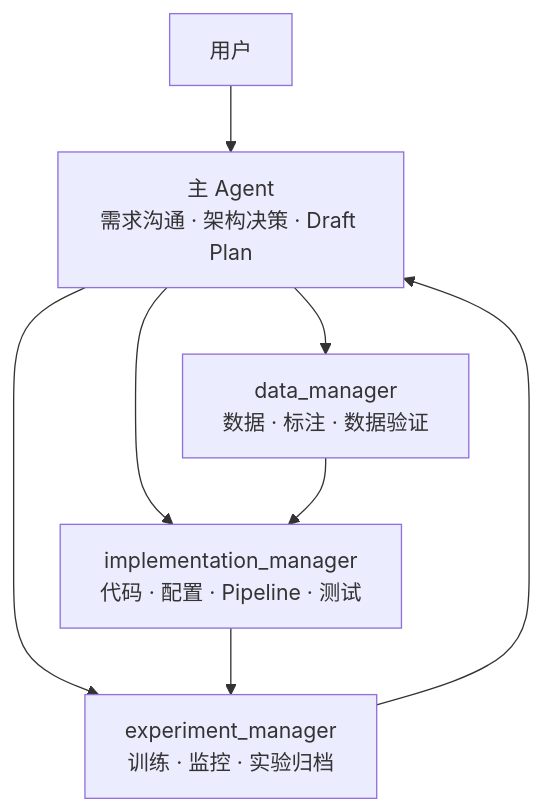
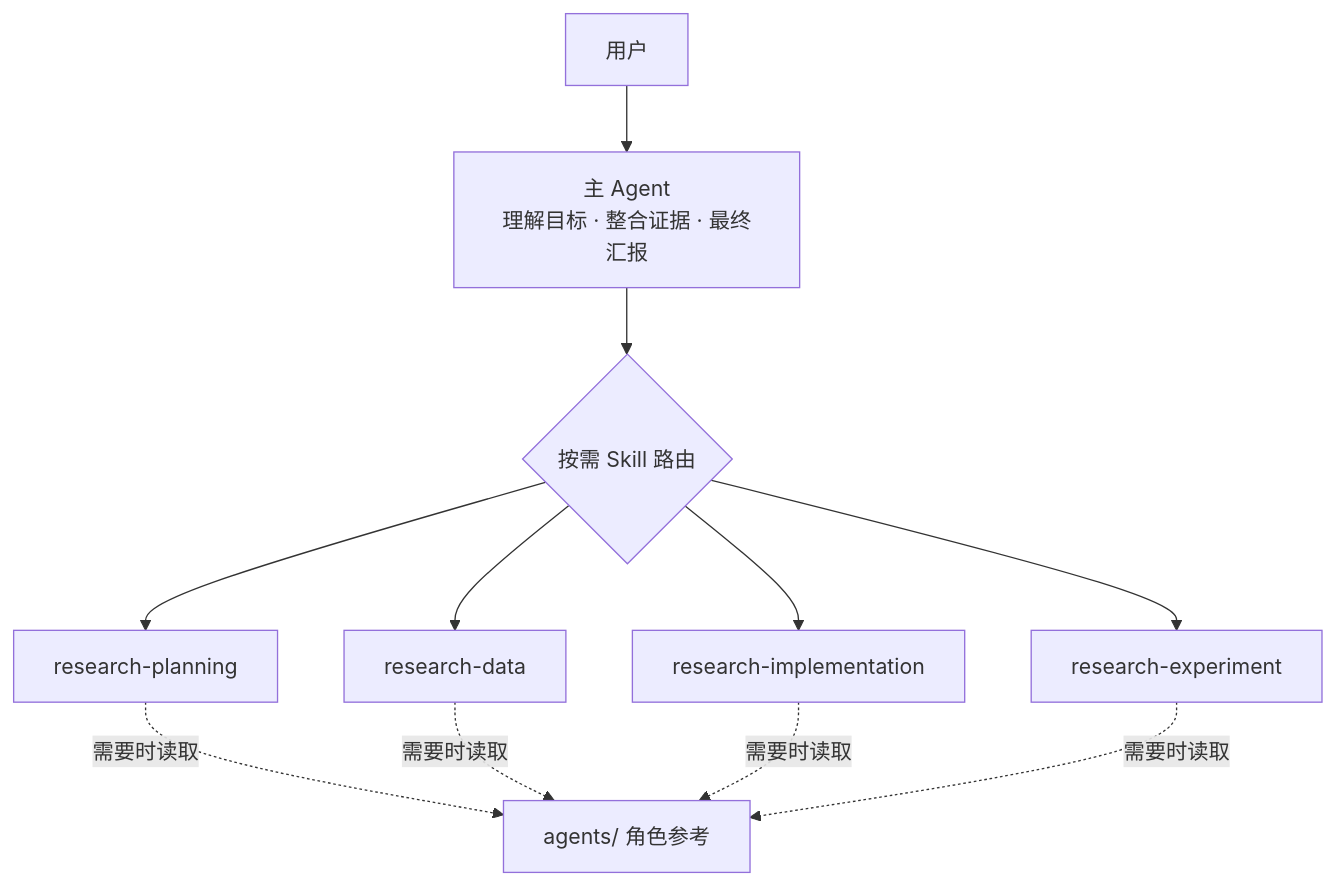
The diagram in README.md (TinyPandar/ResearchManager), drawn with Mermaid before and after one commit. The commit also changed other lines of this file and 11 other files, not shown here.

First line of the commit message:
Migrate ResearchManager to Astra skill-based agent architecture

````diff
--- a/README.md
+++ b/README.md
@@ -7,10 +7,13 @@
 ```mermaid
 flowchart TB
-    U[用户] --> P[主 Agent<br/>需求沟通 · 架构决策 · Draft Plan]
-    P --> D[data_manager<br/>数据 · 标注 · 数据验证]
-    P --> I[implementation_manager<br/>代码 · 配置 · Pipeline · 测试]
-    P --> E[experiment_manager<br/>训练 · 监控 · 实验归档]
-    D --> I
-    I --> E
-    E --> P
+    U[用户] --> P[主 Agent<br/>理解目标 · 整合证据 · 最终汇报]
+    P --> S{按需 Skill 路由}
+    S --> SP[research-planning]
+    S --> SD[research-data]
+    S --> SI[research-implementation]
+    S --> SE[research-experiment]
+    SP -.需要时读取.-> R[agents/ 角色参考]
+    SD -.需要时读取.-> R
+    SI -.需要时读取.-> R
+    SE -.需要时读取.-> R
 ```
````
